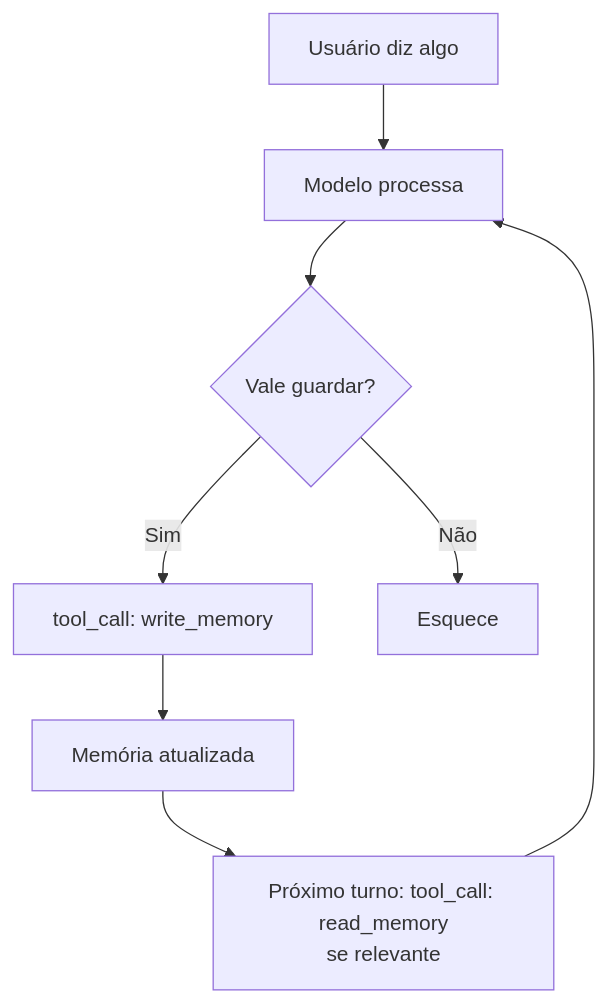
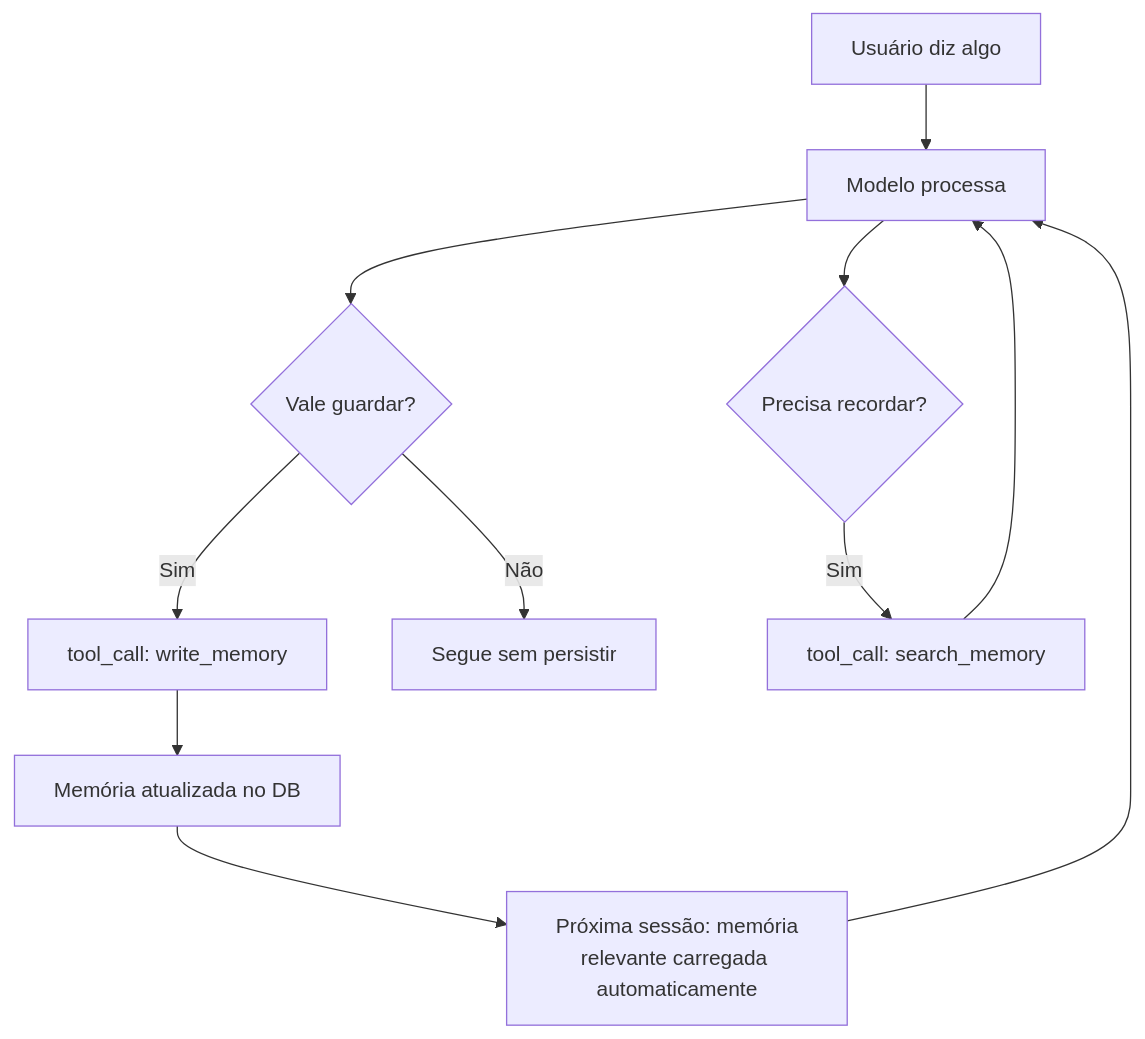
The first of 2 diagrams in 03-Dominios/Tecnologia/IA/Context Engineering/08 - Memória agentica — self-editing memory.md (josenaldo/codex-technomanticus), drawn with Mermaid before and after one commit. The commit also changed other lines of this file, not shown here.

````diff
--- a/03-Dominios/Tecnologia/IA/Context Engineering/08 - Memória agentica — self-editing memory.md
+++ b/03-Dominios/Tecnologia/IA/Context Engineering/08 - Memória agentica — self-editing memory.md
@@ -30,10 +46,13 @@
 ```mermaid
 graph TB
     A[Usuário diz algo] --> B[Modelo processa]
     B --> C{Vale guardar?}
     C -->|Sim| D[tool_call: write_memory]
-    C -->|Não| E[Esquece]
-    D --> F[Memória atualizada]
-    F --> G[Próximo turno: tool_call: read_memory<br/>se relevante]
+    C -->|Não| E[Segue sem persistir]
+    D --> F[Memória atualizada no DB]
+    F --> G[Próxima sessão: memória<br/>relevante carregada automaticamente]
     G --> B
+    B --> H{Precisa recordar?}
+    H -->|Sim| I[tool_call: search_memory]
+    I --> B
 ```
````
